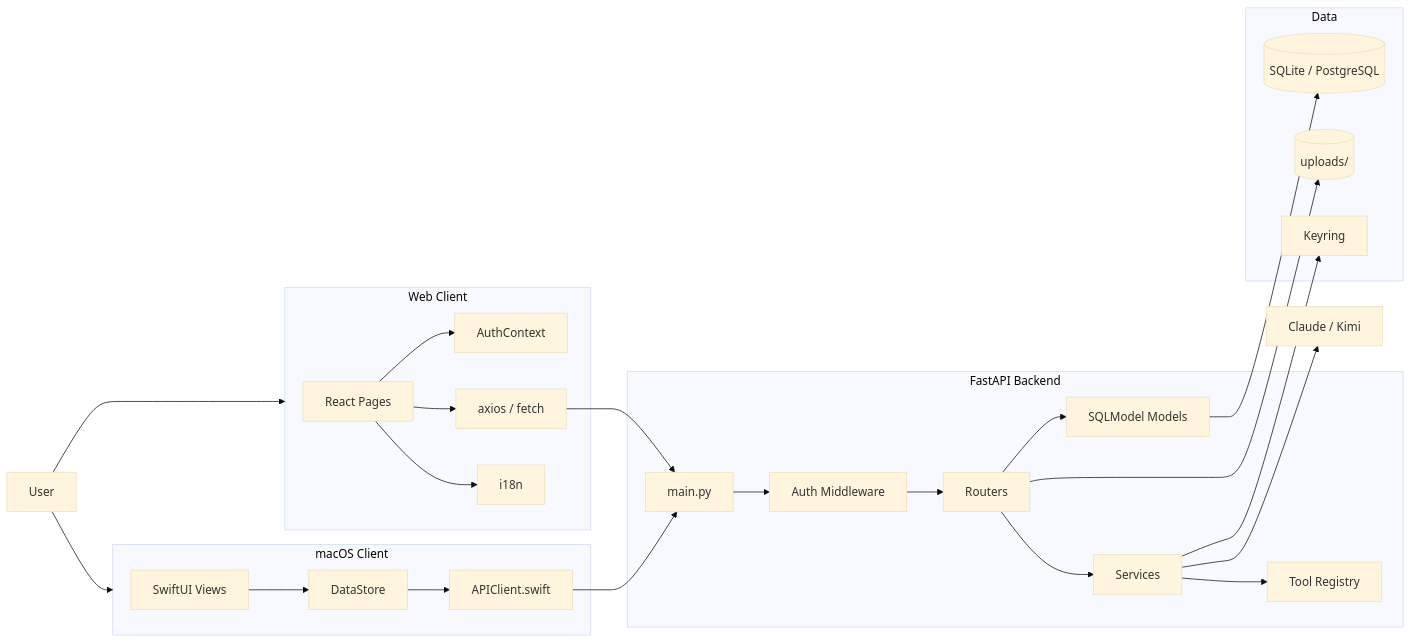
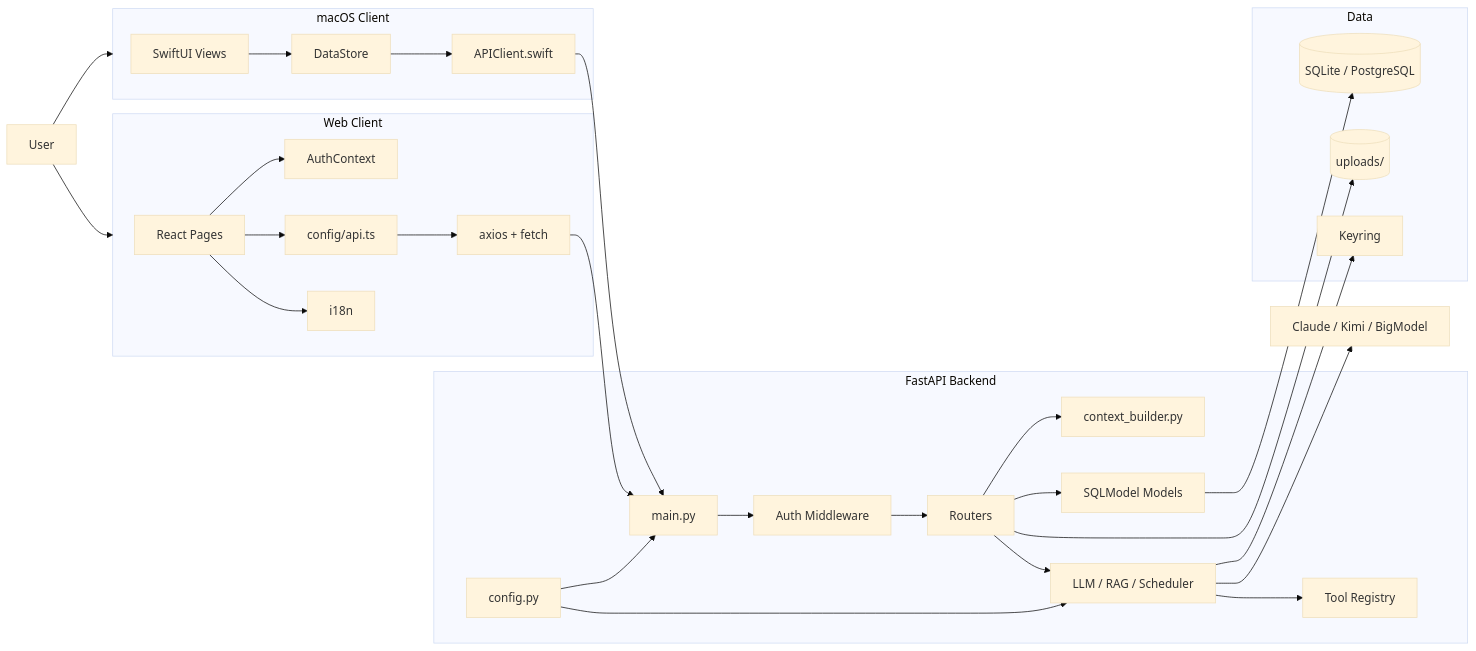
The first of 2 diagrams in docs/06-当前架构图.md (guoliang1114-boop/AriaAI), drawn with Mermaid (base theme) before and after one commit. The commit also changed other lines of this file and 5 other files, not shown here.

````diff
--- a/docs/06-当前架构图.md
+++ b/docs/06-当前架构图.md
@@ -10,48 +10,55 @@
 ```mermaid
 flowchart LR
     U[User]
 
     subgraph MAC[macOS Client]
         SWIFT[SwiftUI Views]
-        DATASTORE[DataStore]
+        STORE[DataStore]
         MACAPI[APIClient.swift]
     end
 
     subgraph WEB[Web Client]
         REACT[React Pages]
         AUTH[AuthContext]
-        WEBAPI[axios / fetch]
+        API_CFG[config/api.ts]
+        WEBAPI[axios + fetch]
         I18N[i18n]
     end
 
     subgraph BE[FastAPI Backend]
         MAIN[main.py]
         MW[Auth Middleware]
         ROUTERS[Routers]
-        SERVICES[Services]
+        CTX[context_builder.py]
+        SERVICES[LLM / RAG / Scheduler]
         TOOLS[Tool Registry]
         MODELS[SQLModel Models]
+        CONFIG[config.py]
     end
 
     subgraph DATA[Data]
         DB[(SQLite / PostgreSQL)]
         FILES[(uploads/)]
         KEYRING[Keyring]
     end
 
-    LLM[Claude / Kimi]
+    LLM[Claude / Kimi / BigModel]
 
     U --> MAC
     U --> WEB
-    SWIFT --> DATASTORE --> MACAPI --> MAIN
+    SWIFT --> STORE --> MACAPI --> MAIN
     REACT --> AUTH
     REACT --> I18N
-    REACT --> WEBAPI --> MAIN
+    REACT --> API_CFG --> WEBAPI --> MAIN
     MAIN --> MW --> ROUTERS
+    ROUTERS --> CTX
     ROUTERS --> SERVICES
+    ROUTERS --> MODELS
     SERVICES --> TOOLS
-    ROUTERS --> MODELS --> DB
+    SERVICES --> KEYRING
+    MODELS --> DB
     ROUTERS --> FILES
-    SERVICES --> KEYRING
     SERVICES --> LLM
+    CONFIG --> MAIN
+    CONFIG --> SERVICES
 ```
````
